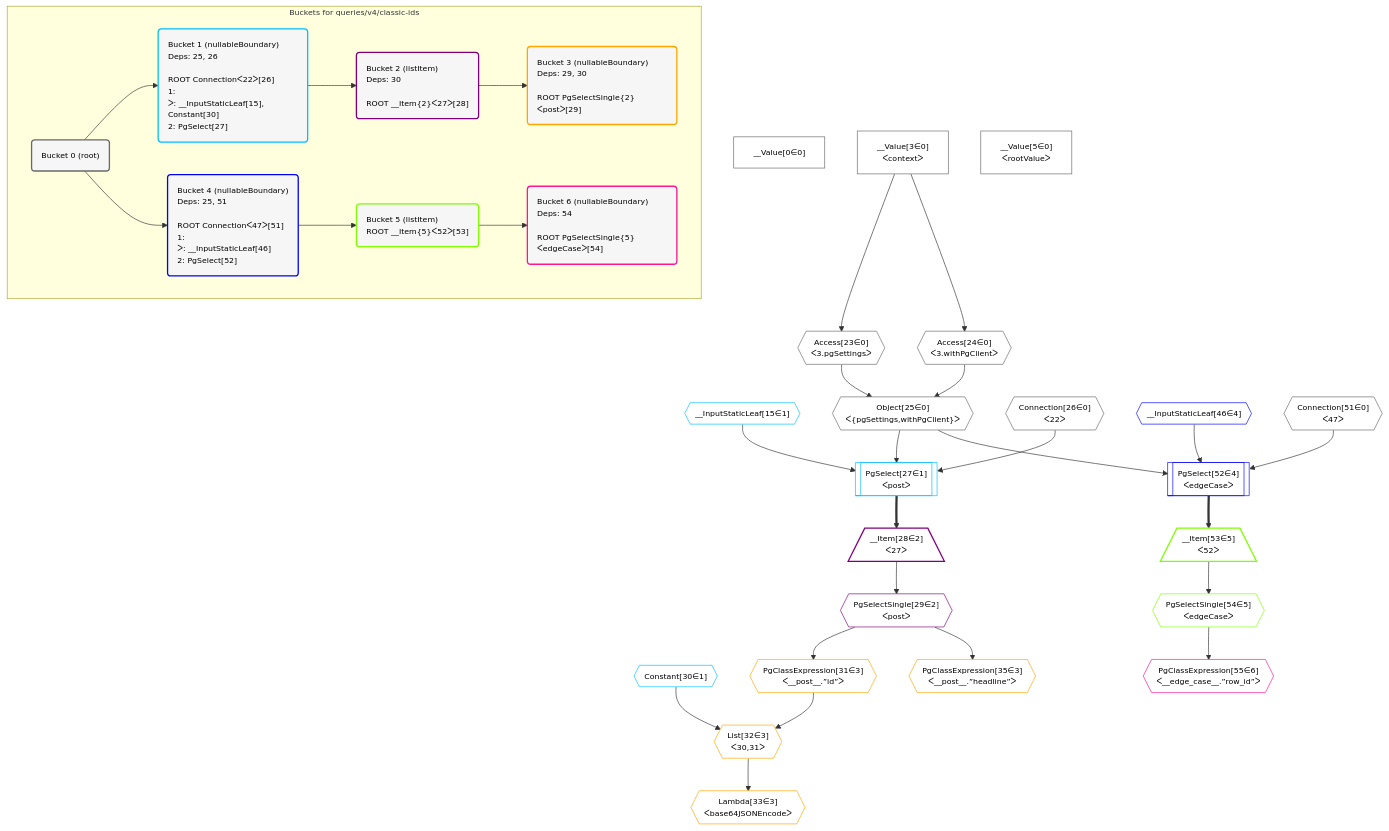
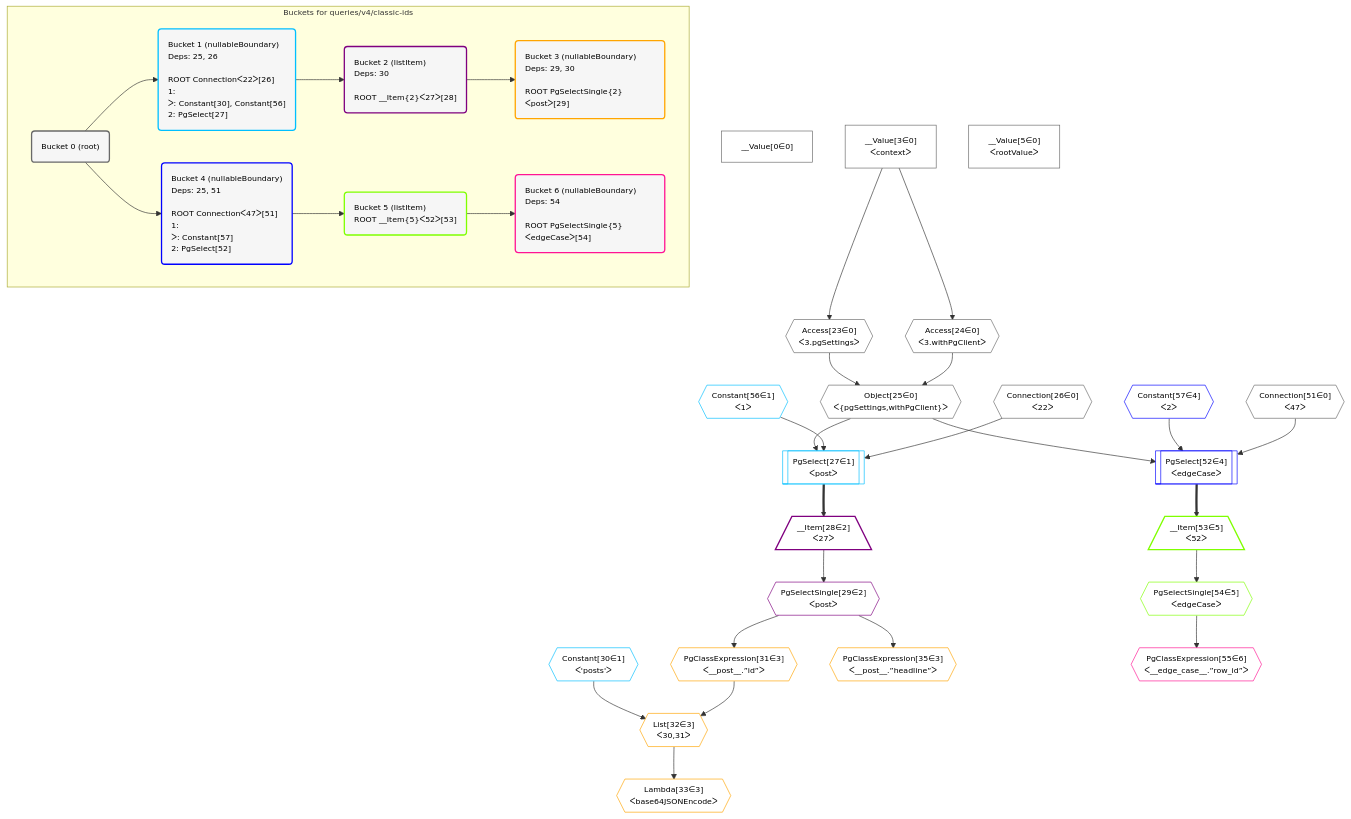
Before and after one commit to graphile/crystal: the diagram in postgraphile/postgraphile/__tests__/queries/v4/classic-ids.mermaid, drawn with Mermaid. The commit also changed 209 other files, not shown here.

Commit message:
Update plan diagrams

```diff
--- a/postgraphile/postgraphile/__tests__/queries/v4/classic-ids.mermaid
+++ b/postgraphile/postgraphile/__tests__/queries/v4/classic-ids.mermaid
@@ -1,78 +1,78 @@
 %%{init: {'themeVariables': { 'fontSize': '12px'}}}%%
 graph TD
     classDef path fill:#eee,stroke:#000,color:#000
     classDef plan fill:#fff,stroke-width:1px,color:#000
     classDef itemplan fill:#fff,stroke-width:2px,color:#000
     classDef unbatchedplan fill:#dff,stroke-width:1px,color:#000
     classDef sideeffectplan fill:#fcc,stroke-width:2px,color:#000
     classDef bucket fill:#f6f6f6,color:#000,stroke-width:2px,text-align:left
 
 
     %% define steps
     __Value0["__Value[0∈0]"]:::plan
     __Value3["__Value[3∈0]<br />ᐸcontextᐳ"]:::plan
     __Value5["__Value[5∈0]<br />ᐸrootValueᐳ"]:::plan
-    __InputStaticLeaf15{{"__InputStaticLeaf[15∈1]"}}:::plan
     Access23{{"Access[23∈0]<br />ᐸ3.pgSettingsᐳ"}}:::plan
     Access24{{"Access[24∈0]<br />ᐸ3.withPgClientᐳ"}}:::plan
     Object25{{"Object[25∈0]<br />ᐸ{pgSettings,withPgClient}ᐳ"}}:::plan
     Connection26{{"Connection[26∈0]<br />ᐸ22ᐳ"}}:::plan
+    Constant56{{"Constant[56∈1]<br />ᐸ1ᐳ"}}:::plan
     PgSelect27[["PgSelect[27∈1]<br />ᐸpostᐳ"]]:::plan
     __Item28[/"__Item[28∈2]<br />ᐸ27ᐳ"\]:::itemplan
     PgSelectSingle29{{"PgSelectSingle[29∈2]<br />ᐸpostᐳ"}}:::plan
-    Constant30{{"Constant[30∈1]"}}:::plan
+    Constant30{{"Constant[30∈1]<br />ᐸ'posts'ᐳ"}}:::plan
     PgClassExpression31{{"PgClassExpression[31∈3]<br />ᐸ__post__.”id”ᐳ"}}:::plan
     List32{{"List[32∈3]<br />ᐸ30,31ᐳ"}}:::plan
     Lambda33{{"Lambda[33∈3]<br />ᐸbase64JSONEncodeᐳ"}}:::plan
     PgClassExpression35{{"PgClassExpression[35∈3]<br />ᐸ__post__.”headline”ᐳ"}}:::plan
-    __InputStaticLeaf46{{"__InputStaticLeaf[46∈4]"}}:::plan
     Connection51{{"Connection[51∈0]<br />ᐸ47ᐳ"}}:::plan
+    Constant57{{"Constant[57∈4]<br />ᐸ2ᐳ"}}:::plan
     PgSelect52[["PgSelect[52∈4]<br />ᐸedgeCaseᐳ"]]:::plan
     __Item53[/"__Item[53∈5]<br />ᐸ52ᐳ"\]:::itemplan
     PgSelectSingle54{{"PgSelectSingle[54∈5]<br />ᐸedgeCaseᐳ"}}:::plan
     PgClassExpression55{{"PgClassExpression[55∈6]<br />ᐸ__edge_case__.”row_id”ᐳ"}}:::plan
 
     %% plan dependencies
     __Value3 --> Access23
     __Value3 --> Access24
     Access23 & Access24 --> Object25
-    Object25 & __InputStaticLeaf15 & Connection26 --> PgSelect27
+    Object25 & Constant56 & Connection26 --> PgSelect27
     PgSelect27 ==> __Item28
     __Item28 --> PgSelectSingle29
     PgSelectSingle29 --> PgClassExpression31
     Constant30 & PgClassExpression31 --> List32
     List32 --> Lambda33
     PgSelectSingle29 --> PgClassExpression35
-    Object25 & __InputStaticLeaf46 & Connection51 --> PgSelect52
+    Object25 & Constant57 & Connection51 --> PgSelect52
     PgSelect52 ==> __Item53
     __Item53 --> PgSelectSingle54
     PgSelectSingle54 --> PgClassExpression55
 
     subgraph "Buckets for queries/v4/classic-ids"
     Bucket0("Bucket 0 (root)"):::bucket
     classDef bucket0 stroke:#696969
     class Bucket0,__Value0,__Value3,__Value5,Access23,Access24,Object25,Connection26,Connection51 bucket0
-    Bucket1("Bucket 1 (nullableBoundary)<br />Deps: 25, 26<br /><br />ROOT Connectionᐸ22ᐳ[26]<br />1: <br />ᐳ: __InputStaticLeaf[15], Constant[30]<br />2: PgSelect[27]"):::bucket
+    Bucket1("Bucket 1 (nullableBoundary)<br />Deps: 25, 26<br /><br />ROOT Connectionᐸ22ᐳ[26]<br />1: <br />ᐳ: Constant[30], Constant[56]<br />2: PgSelect[27]"):::bucket
     classDef bucket1 stroke:#00bfff
-    class Bucket1,__InputStaticLeaf15,PgSelect27,Constant30 bucket1
+    class Bucket1,PgSelect27,Constant30,Constant56 bucket1
     Bucket2("Bucket 2 (listItem)<br />Deps: 30<br /><br />ROOT __Item{2}ᐸ27ᐳ[28]"):::bucket
     classDef bucket2 stroke:#7f007f
     class Bucket2,__Item28,PgSelectSingle29 bucket2
     Bucket3("Bucket 3 (nullableBoundary)<br />Deps: 29, 30<br /><br />ROOT PgSelectSingle{2}ᐸpostᐳ[29]"):::bucket
     classDef bucket3 stroke:#ffa500
     class Bucket3,PgClassExpression31,List32,Lambda33,PgClassExpression35 bucket3
-    Bucket4("Bucket 4 (nullableBoundary)<br />Deps: 25, 51<br /><br />ROOT Connectionᐸ47ᐳ[51]<br />1: <br />ᐳ: __InputStaticLeaf[46]<br />2: PgSelect[52]"):::bucket
+    Bucket4("Bucket 4 (nullableBoundary)<br />Deps: 25, 51<br /><br />ROOT Connectionᐸ47ᐳ[51]<br />1: <br />ᐳ: Constant[57]<br />2: PgSelect[52]"):::bucket
     classDef bucket4 stroke:#0000ff
-    class Bucket4,__InputStaticLeaf46,PgSelect52 bucket4
+    class Bucket4,PgSelect52,Constant57 bucket4
     Bucket5("Bucket 5 (listItem)<br />ROOT __Item{5}ᐸ52ᐳ[53]"):::bucket
     classDef bucket5 stroke:#7fff00
     class Bucket5,__Item53,PgSelectSingle54 bucket5
     Bucket6("Bucket 6 (nullableBoundary)<br />Deps: 54<br /><br />ROOT PgSelectSingle{5}ᐸedgeCaseᐳ[54]"):::bucket
     classDef bucket6 stroke:#ff1493
     class Bucket6,PgClassExpression55 bucket6
     Bucket0 --> Bucket1 & Bucket4
     Bucket1 --> Bucket2
     Bucket2 --> Bucket3
     Bucket4 --> Bucket5
     Bucket5 --> Bucket6
     end
```
